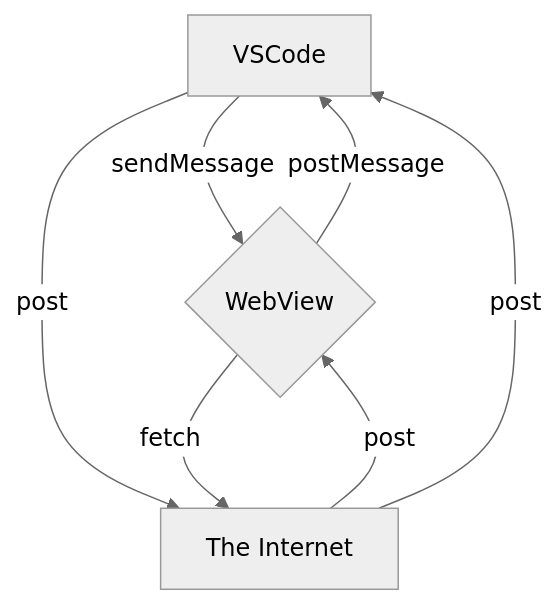
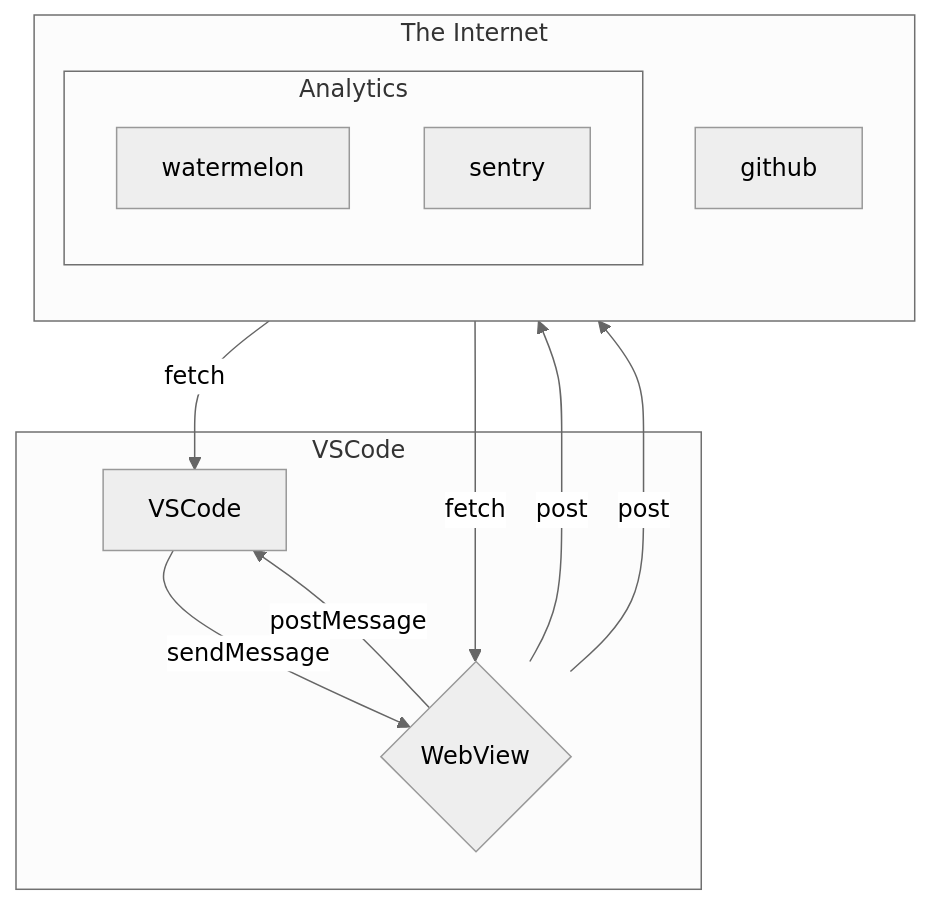
One commit to watermelontools/watermelon-vscode changed the diagram in wm-paper/architecture.md. Above: the diagram before and after it, drawn with Mermaid (neutral theme).

Commit message:
Add subgraphs

````diff
--- a/wm-paper/architecture.md
+++ b/wm-paper/architecture.md
@@ -3,10 +3,20 @@
 ```mermaid
 flowchart TD
+    subgraph VSCode
     A[VSCode] --sendMessage--> B{WebView}
-    A --post--> C
-    B -- fetch --> C[The Internet]
     B --postMessage--> A
-    C --post--> B
-    C --post--> A
+    end
+    subgraph The Internet
+    direction BT
+    C[github]
+        subgraph Analytics
+        D[watermelon]
+        E[sentry]
+        end
+    end
+    C --fetch--> A
+    C -- fetch --> B
+    B -- post --> D
+    B -- post --> E
     
 ``` 
````
